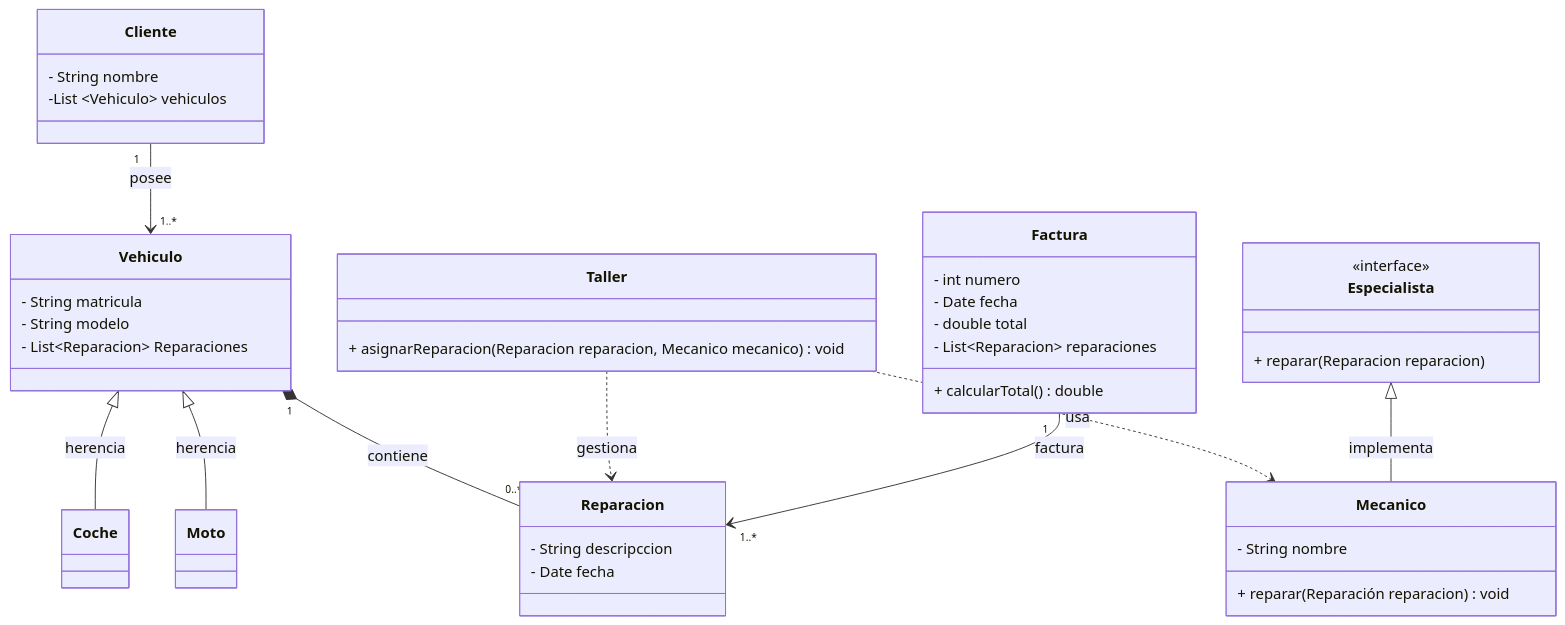
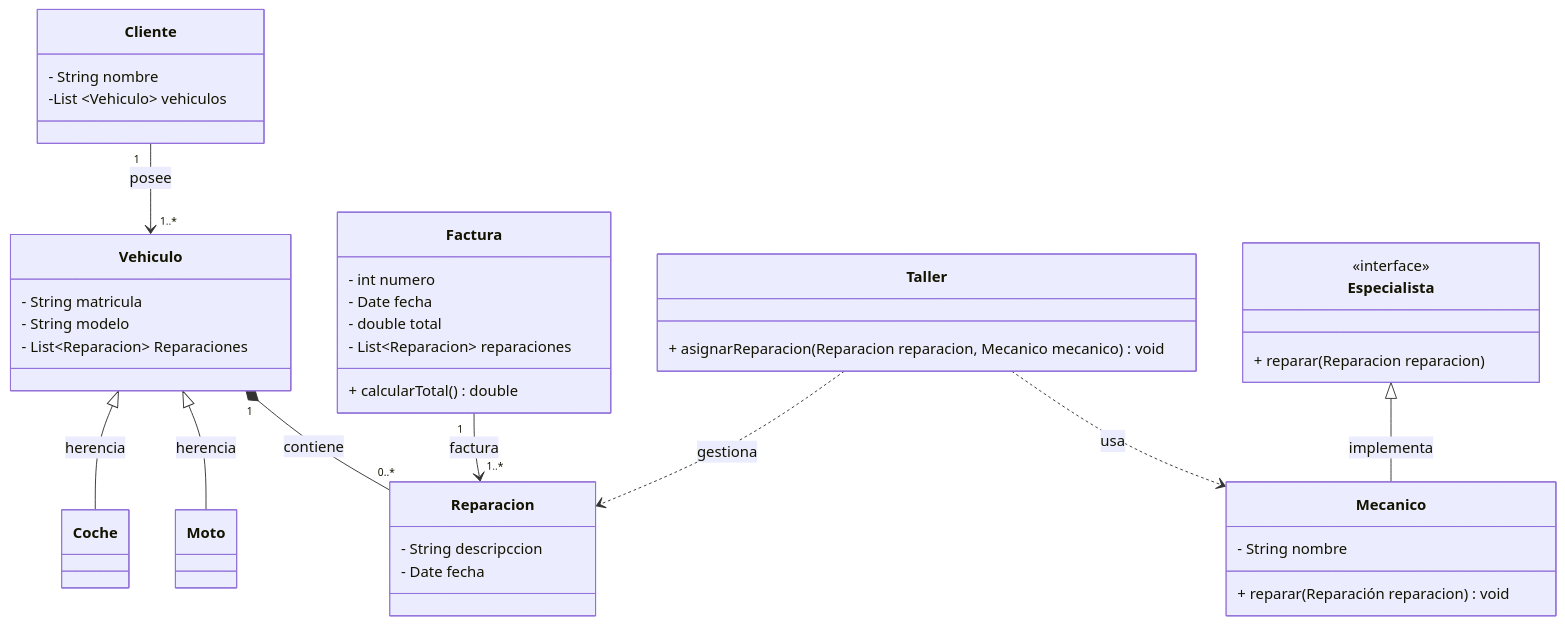
Before and after one commit to Manuel1613/6.3Actividad-Taller: the diagram in DESIGN.md, drawn with Mermaid. The commit also changed other lines of this file, not shown here.

Commit message:
Remove duplicate association for Factura and Reparacion

````diff
--- a/DESIGN.md
+++ b/DESIGN.md
@@ -3,68 +3,68 @@
 ```mermaid
 classDiagram
     class Vehiculo {
         - String matricula
         - String modelo
         - List~Reparacion~ Reparaciones
     }
     class Coche {
 
     }
     
     class Moto{
 
     }
 
     class Cliente {
         - String nombre
         -List ~Vehiculo~ vehiculos
     }
 
     class Reparacion {
         - String descripccion
         - Date fecha
     }
 
     class Especialista {
         <<interface>>
         + reparar (Reparacion reparacion)
     }
 
     class Mecanico {
         - String nombre
         + reparar (Reparación reparacion) void
     }
 
     class Taller {
         + asignarReparacion (Reparacion reparacion, Mecanico mecanico) void
     }
 
     class Factura {
         - int numero
         - Date fecha
         - double total
         - List~Reparacion~ reparaciones
         + calcularTotal() double
     }
 
     %% HERENCIA
     Vehiculo <|-- Coche : herencia
     Vehiculo <|-- Moto : herencia
 
     %% COMPOSICION (vinculo fuerte)
     Vehiculo "1" *-- "0..*" Reparacion : contiene
 
     %% ASOCIACION
     Cliente "1" --> "1..*" Vehiculo : posee
 
+    %% ASOCIACION
+    Factura "1" --> "1..*" Reparacion : factura
+
     %% DEPENDENCIA
     Taller ..> Mecanico :usa
     Taller ..> Reparacion : gestiona
 
     %% REALIZACION (interfaz)
     Especialista <|-- Mecanico : implementa
 
-    %% ASOCIACION
-    Factura "1" --> "1..*" Reparacion : factura
-
 ```
````
